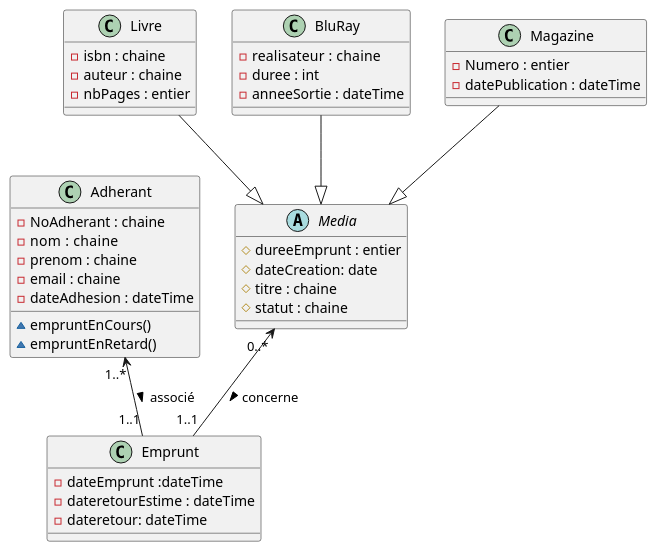
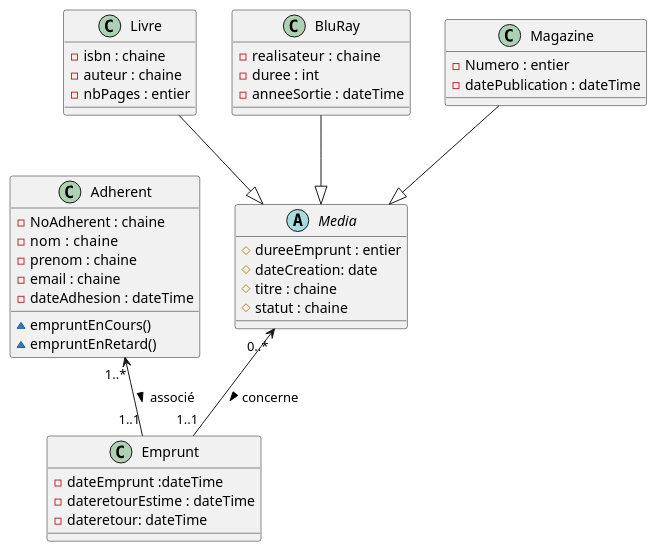
One commit to fadel-amar/projet-biblio-scrum changed the diagram in documentation/diagramme de classe.puml. Above: the diagram before and after it, drawn with PlantUML. The commit also changed 26 other files, not shown here.

```diff
--- a/documentation/diagramme de classe.puml
+++ b/documentation/diagramme de classe.puml
@@ -1,54 +1,54 @@
 @startuml
 'https://plantuml.com/class-diagram
 'skinparam classAttributeIconSize 0
 
 Abstract Class Media {
 #dureeEmprunt : entier
 #dateCreation: date
 #titre : chaine
 #statut : chaine
 }
 
 
 Class Livre {
 - isbn : chaine
 - auteur : chaine
 - nbPages : entier
 }
 
 
 Class BluRay {
 - realisateur  : chaine
 - duree : int
 - anneeSortie : dateTime
 }
 
 
 Class Magazine {
 - Numero : entier
 - datePublication : dateTime
 }
 
-Class Adherant {
-- NoAdherant : chaine
+Class Adherent {
+- NoAdherent : chaine
 - nom  : chaine
 - prenom : chaine
 - email : chaine
 - dateAdhesion : dateTime
 ~ empruntEnCours()
 ~ empruntEnRetard()
 }
 
 Class Emprunt {
 - dateEmprunt :dateTime
 - dateretourEstime : dateTime
 - dateretour: dateTime
 
 }
 
 Livre --|> Media
 BluRay --|> Media
 Magazine --|> Media
-Adherant "1..*" <-- "1..1" Emprunt : associé >
+Adherent "1..*" <-- "1..1" Emprunt : associé >
 Media "0..*" <-- "1..1" Emprunt : concerne >
 @enduml
```
